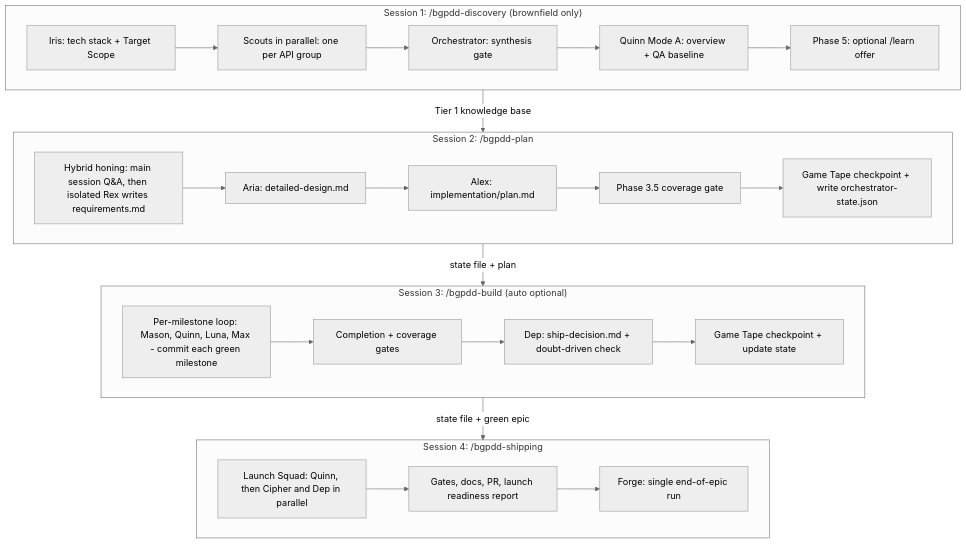
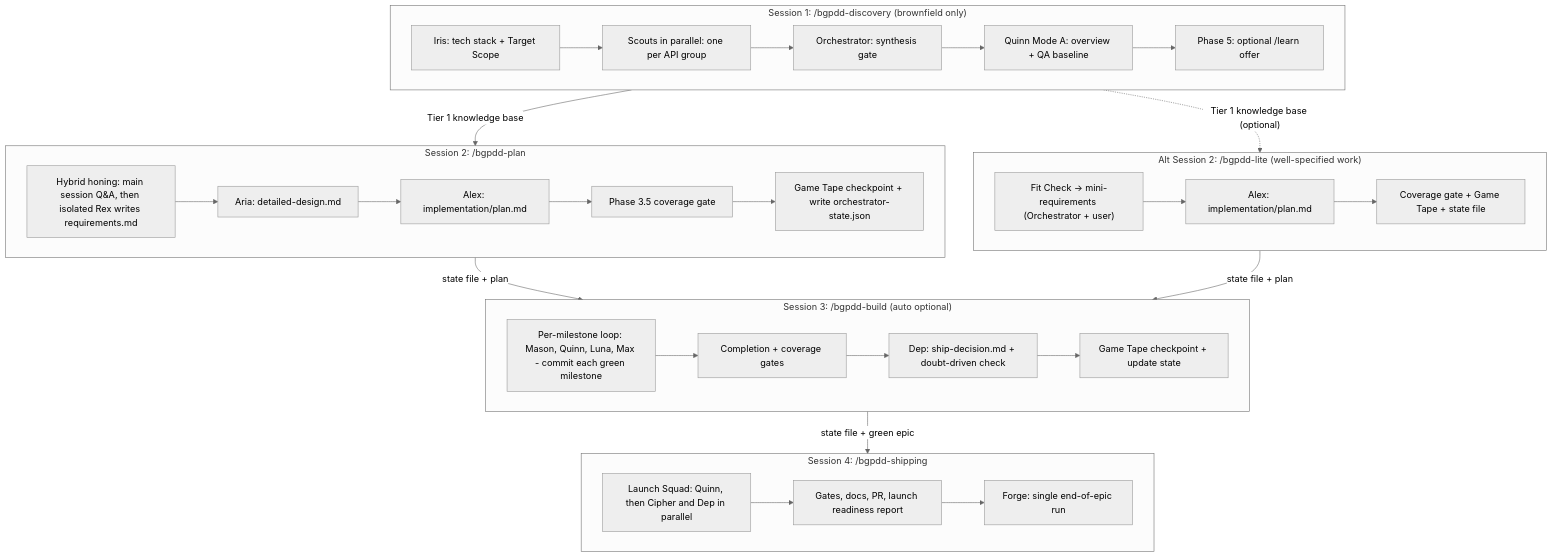
The third of 7 diagrams in README.md (MuhammadShaharyarNaeem/blackgoat-agentskills), drawn with Mermaid (neutral theme) before and after one commit. The commit also changed other lines of this file and 6 other files, not shown here.

````diff
--- a/README.md
+++ b/README.md
@@ -119,25 +121,30 @@
 ```mermaid
 flowchart TD
     subgraph S1["Session 1: /bgpdd-discovery (brownfield only)"]
         A1["Iris: tech stack + Target Scope"] --> A2["Scouts in parallel: one per API group"]
         A2 --> A3["Orchestrator: synthesis gate"] --> A4["Quinn Mode A: overview + QA baseline"]
         A4 --> A5["Phase 5: optional /learn offer"]
     end
     subgraph S2["Session 2: /bgpdd-plan"]
         B1["Hybrid honing: main session Q&A, then isolated Rex writes requirements.md"]
         B1 --> B2["Aria: detailed-design.md"] --> B3["Alex: implementation/plan.md"]
         B3 --> B4["Phase 3.5 coverage gate"] --> B5["Game Tape checkpoint + write orchestrator-state.json"]
     end
+    subgraph S2L["Alt Session 2: /bgpdd-lite (well-specified work)"]
+        L1["Fit Check → mini-requirements (Orchestrator + user)"] --> L2["Alex: implementation/plan.md"] --> L3["Coverage gate + Game Tape + state file"]
+    end
     subgraph S3["Session 3: /bgpdd-build (auto optional)"]
         C1["Per-milestone loop: Mason, Quinn, Luna, Max - commit each green milestone"]
         C1 --> C2["Completion + coverage gates"] --> C3["Dep: ship-decision.md + doubt-driven check"]
         C3 --> C4["Game Tape checkpoint + update state"]
     end
     subgraph S4["Session 4: /bgpdd-shipping"]
         D1["Launch Squad: Quinn, then Cipher and Dep in parallel"]
         D1 --> D2["Gates, docs, PR, launch readiness report"] --> D3["Forge: single end-of-epic run"]
     end
     S1 -- "Tier 1 knowledge base" --> S2
+    S1 -. "Tier 1 knowledge base (optional)" .-> S2L
     S2 -- "state file + plan" --> S3
+    S2L -- "state file + plan" --> S3
     S3 -- "state file + green epic" --> S4
 ```
````
